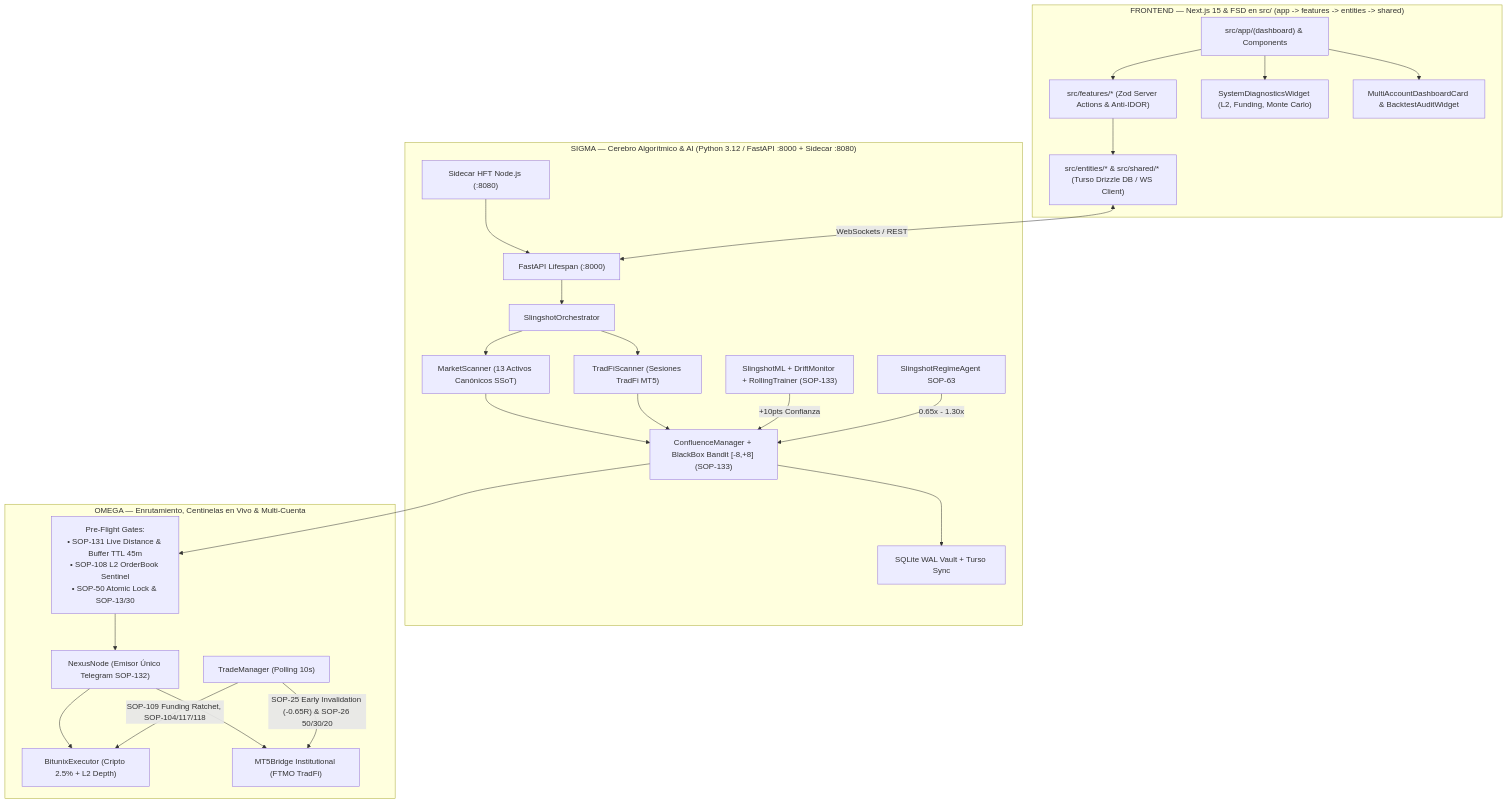
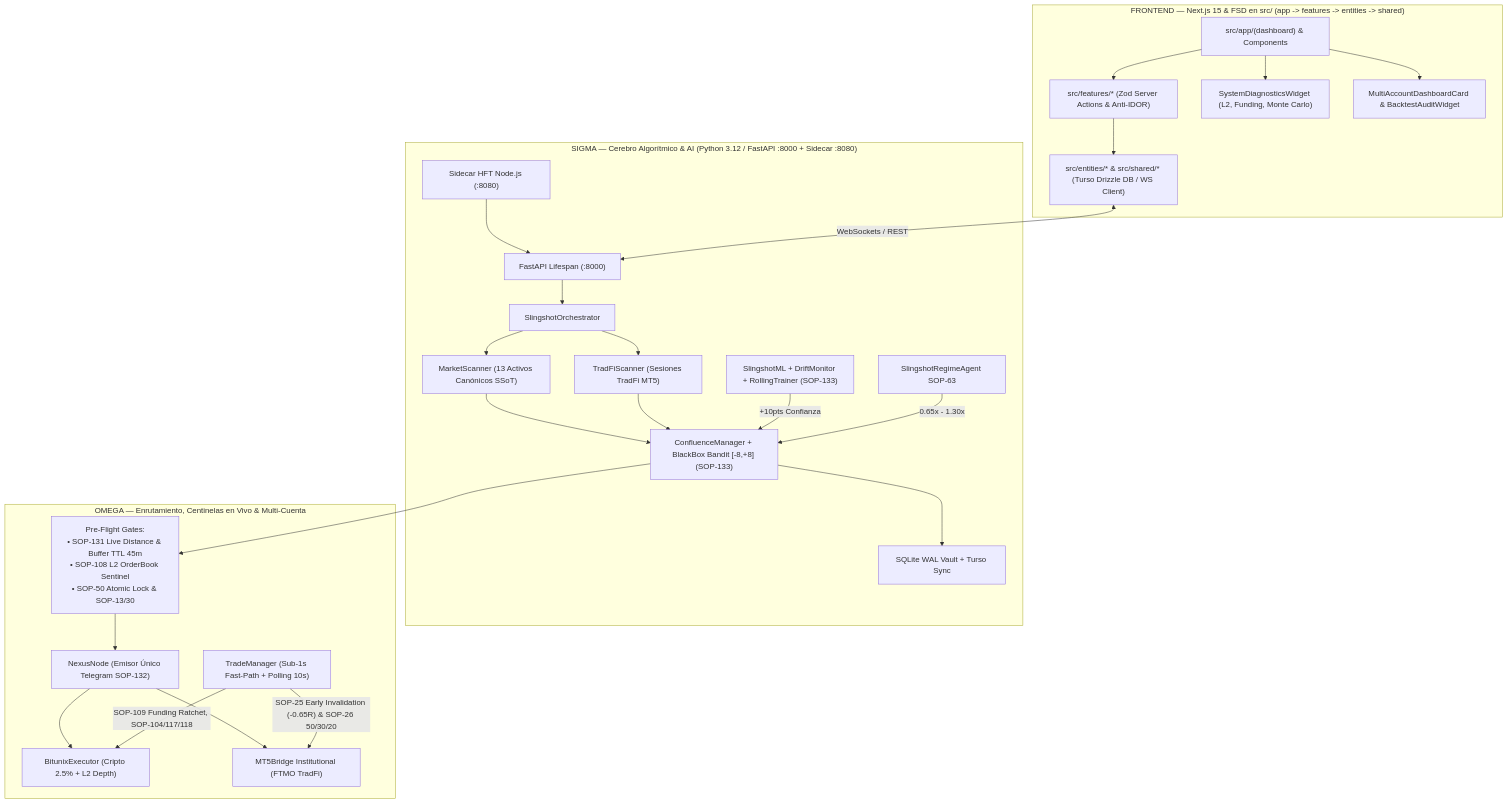
The diagram in README.md (matiquelmec/Slingshot), drawn with Mermaid before and after one commit. The commit also changed other lines of this file and 2 other files, not shown here.

Commit message:
docs(ssot): align README/ESTRUCTURA_PROYECTO to SOP-142 and wire dynamic gates in backtest

````diff
--- a/README.md
+++ b/README.md
@@ -85,32 +85,32 @@
 ```mermaid
 graph TB
     subgraph "FRONTEND — Next.js 15 & FSD en src/ (app -> features -> entities -> shared)"
         A["src/app/(dashboard) & Components"] --> B["src/features/* (Zod Server Actions & Anti-IDOR)"]
         B --> C["src/entities/* & src/shared/* (Turso Drizzle DB / WS Client)"]
         A --> D["SystemDiagnosticsWidget (L2, Funding, Monte Carlo)"]
         A --> E["MultiAccountDashboardCard & BacktestAuditWidget"]
     end
 
     subgraph "SIGMA — Cerebro Algorítmico & AI (Python 3.12 / FastAPI :8000 + Sidecar :8080)"
         J["FastAPI Lifespan (:8000)"] --> K["SlingshotOrchestrator"]
         SIDE["Sidecar HFT Node.js (:8080)"] --> J
         K --> L1["MarketScanner (13 Activos Canónicos SSoT)"]
         K --> L2["TradFiScanner (Sesiones TradFi MT5)"]
         L1 --> M["ConfluenceManager + BlackBox Bandit [-8,+8] (SOP-133)"]
         L2 --> M
         ML["SlingshotML + DriftMonitor + RollingTrainer (SOP-133)"] -->|+10pts Confianza| M
         REG["SlingshotRegimeAgent SOP-63"] -->|0.65x - 1.30x| M
         M --> V["SQLite WAL Vault + Turso Sync"]
     end
 
     subgraph "OMEGA — Enrutamiento, Centinelas en Vivo & Multi-Cuenta"
         M --> GATES["Pre-Flight Gates:<br/>• SOP-131 Live Distance & Buffer TTL 45m<br/>• SOP-108 L2 OrderBook Sentinel<br/>• SOP-50 Atomic Lock & SOP-13/30"]
         GATES --> NX["NexusNode (Emisor Único Telegram SOP-132)"]
         NX --> BX["BitunixExecutor (Cripto 2.5% + L2 Depth)"]
         NX --> MT5["MT5Bridge Institutional (FTMO TradFi)"]
-        TM["TradeManager (Polling 10s)"] --> |"SOP-109 Funding Ratchet, SOP-104/117/118"| BX
+        TM["TradeManager (Sub-1s Fast-Path + Polling 10s)"] --> |"SOP-109 Funding Ratchet, SOP-104/117/118"| BX
         TM --> |"SOP-25 Early Invalidation (-0.65R) & SOP-26 50/30/20"| MT5
     end
 
     C <--> |"WebSockets / REST"| J
 ```
````
